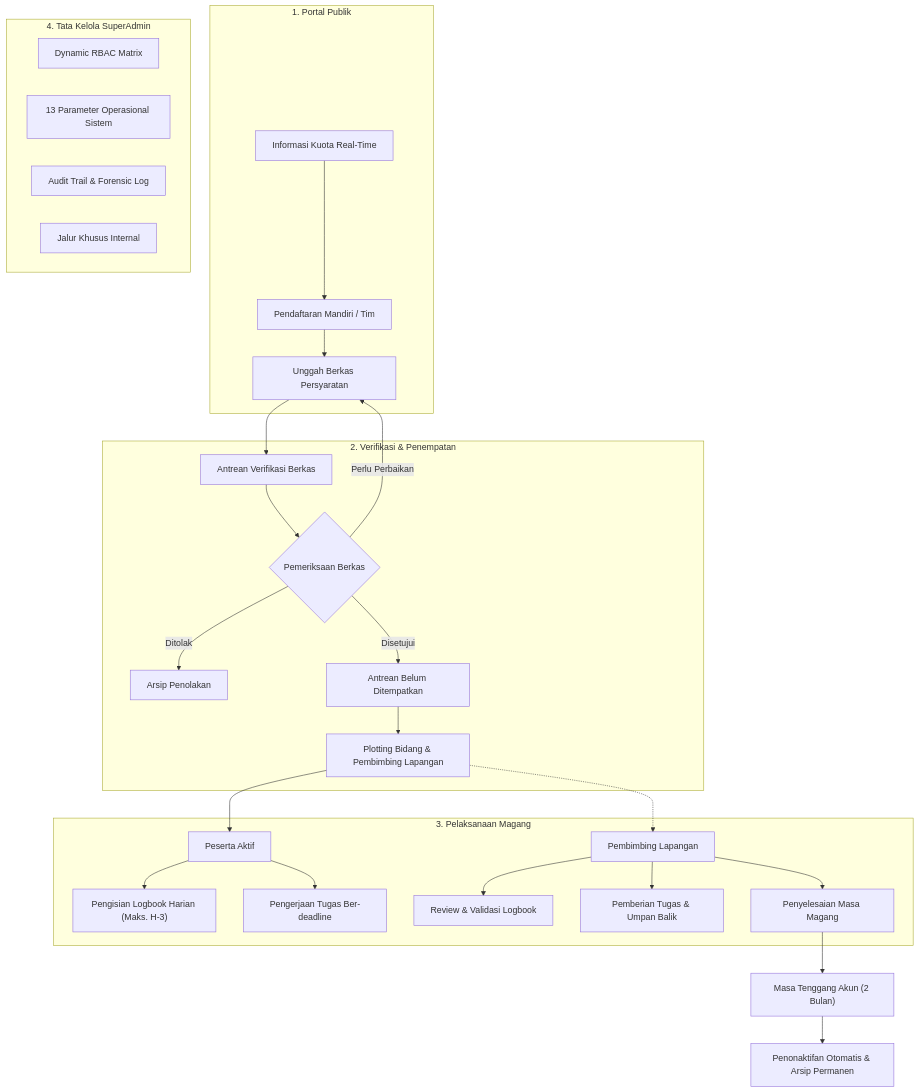
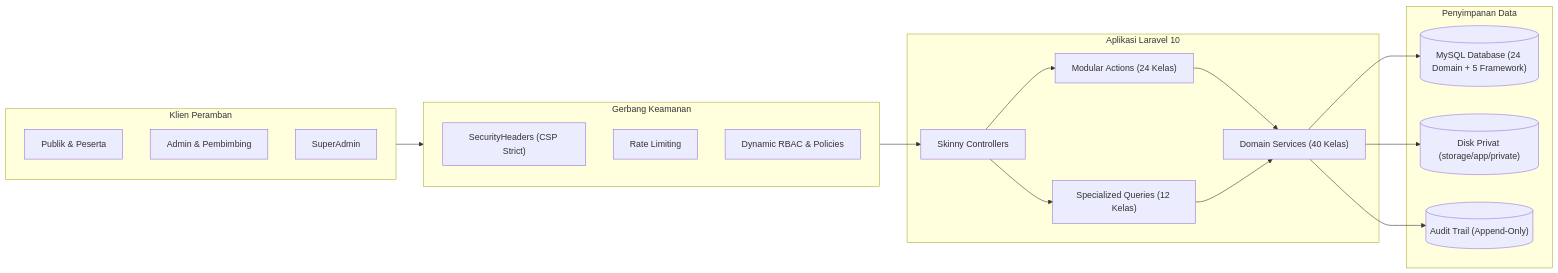
The diagram in README.md (EvilAekt/MAGKOM), drawn with Mermaid before and after one commit. The commit also changed other lines of this file and 72 other files, not shown here.

````diff
--- a/README.md
+++ b/README.md
@@ -59,36 +57,37 @@
 ```mermaid
-flowchart TD
-    subgraph PortalPublik ["1. Portal Publik"]
-        A["Informasi Kuota Real-Time"] --> B["Pendaftaran Mandiri / Tim"]
-        B --> C["Unggah Berkas Persyaratan"]
+flowchart LR
+    subgraph Client ["Klien Peramban"]
+        Public["Publik & Peserta"]
+        Staff["Admin & Pembimbing"]
+        Super["SuperAdmin"]
     end
 
-    subgraph AdminVerifikasi ["2. Verifikasi & Penempatan"]
-        C --> D["Antrean Verifikasi Berkas"]
-        D --> E{"Pemeriksaan Berkas"}
-        E -- "Perlu Perbaikan" --> C
-        E -- "Ditolak" --> F["Arsip Penolakan"]
-        E -- "Disetujui" --> G["Antrean Belum Ditempatkan"]
-        G --> H["Plotting Bidang & Pembimbing Lapangan"]
+    subgraph Security ["Gerbang Keamanan"]
+        CSP["SecurityHeaders (CSP Strict)"]
+        Throttle["Rate Limiting"]
+        RBAC["Dynamic RBAC & Policies"]
     end
 
-    subgraph PelaksanaanMagang ["3. Pelaksanaan Magang"]
-        H --> I["Peserta Aktif"]
-        I --> J["Pengisian Logbook Harian (Maks. H-3)"]
-        I --> K["Pengerjaan Tugas Ber-deadline"]
-        L["Pembimbing Lapangan"] --> M["Review & Validasi Logbook"]
-        L --> N["Pemberian Tugas & Umpan Balik"]
-        L --> O["Penyelesaian Masa Magang"]
+    subgraph AppLayer ["Aplikasi Laravel 10"]
+        Controller["Skinny Controllers"]
+        Actions["Modular Actions (24 Kelas)"]
+        Queries["Specialized Queries (12 Kelas)"]
+        Services["Domain Services (40 Kelas)"]
     end
 
-    subgraph TataKelolaSistem ["4. Tata Kelola SuperAdmin"]
-        P["Dynamic RBAC Matrix"]
-        Q["13 Parameter Operasional Sistem"]
-        R["Audit Trail & Forensic Log"]
-        S["Jalur Khusus Internal"]
+    subgraph StorageLayer ["Penyimpanan Data"]
+        DB[("MySQL Database (24 Domain + 5 Framework)")]
+        PrivateDisk[("Disk Privat (storage/app/private)")]
+        Audit[("Audit Trail (Append-Only)")]
     end
 
-    H -.-> L
-    O --> T["Masa Tenggang Akun (2 Bulan)"]
-    T --> U["Penonaktifan Otomatis & Arsip Permanen"]
+    Client --> Security
+    Security --> Controller
+    Controller --> Actions
+    Controller --> Queries
+    Actions --> Services
+    Queries --> Services
+    Services --> DB
+    Services --> PrivateDisk
+    Services --> Audit
 ```
````
